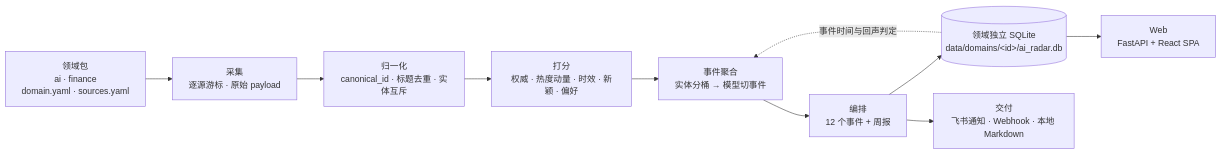
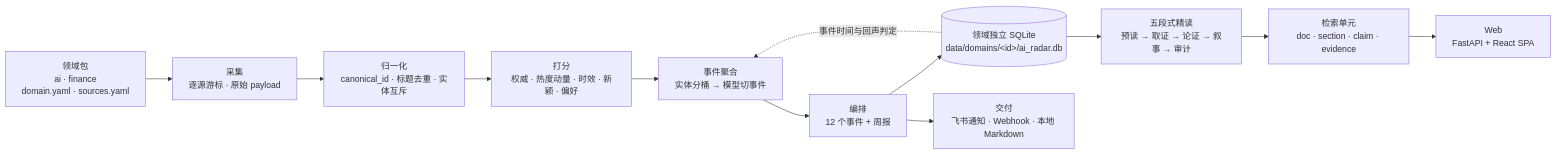
The diagram in README.md (lieyukou1/kestrel-radar), drawn with Mermaid before and after one commit. The commit also changed other lines of this file, not shown here.

````diff
--- a/README.md
+++ b/README.md
@@ -309,12 +352,14 @@
 ```mermaid
 flowchart LR
     P[领域包<br/>ai · finance<br/>domain.yaml · sources.yaml] --> C[采集<br/>逐源游标 · 原始 payload]
     C --> N[归一化<br/>canonical_id · 标题去重 · 实体互斥]
     N --> S[打分<br/>权威 · 热度动量 · 时效 · 新颖 · 偏好]
     S --> T[事件聚合<br/>实体分桶 → 模型切事件]
     T --> G[编排<br/>12 个事件 + 周报]
     G --> D[(领域独立 SQLite<br/>data/domains/&lt;id&gt;/ai_radar.db)]
-    D --> W[Web<br/>FastAPI + React SPA]
+    D --> R[五段式精读<br/>预读 → 取证 → 论证 → 叙事 → 审计]
+    R --> U[检索单元<br/>doc · section · claim · evidence]
+    U --> W[Web<br/>FastAPI + React SPA]
     G --> O[交付<br/>飞书通知 · Webhook · 本地 Markdown]
     D -. 事件时间与回声判定 .-> T
 ```
````
